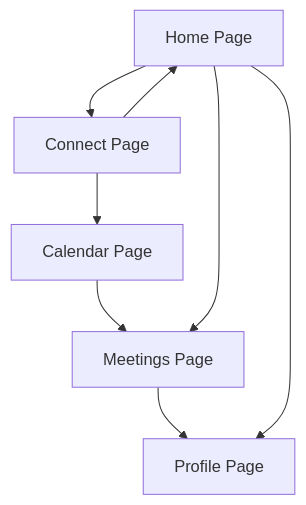
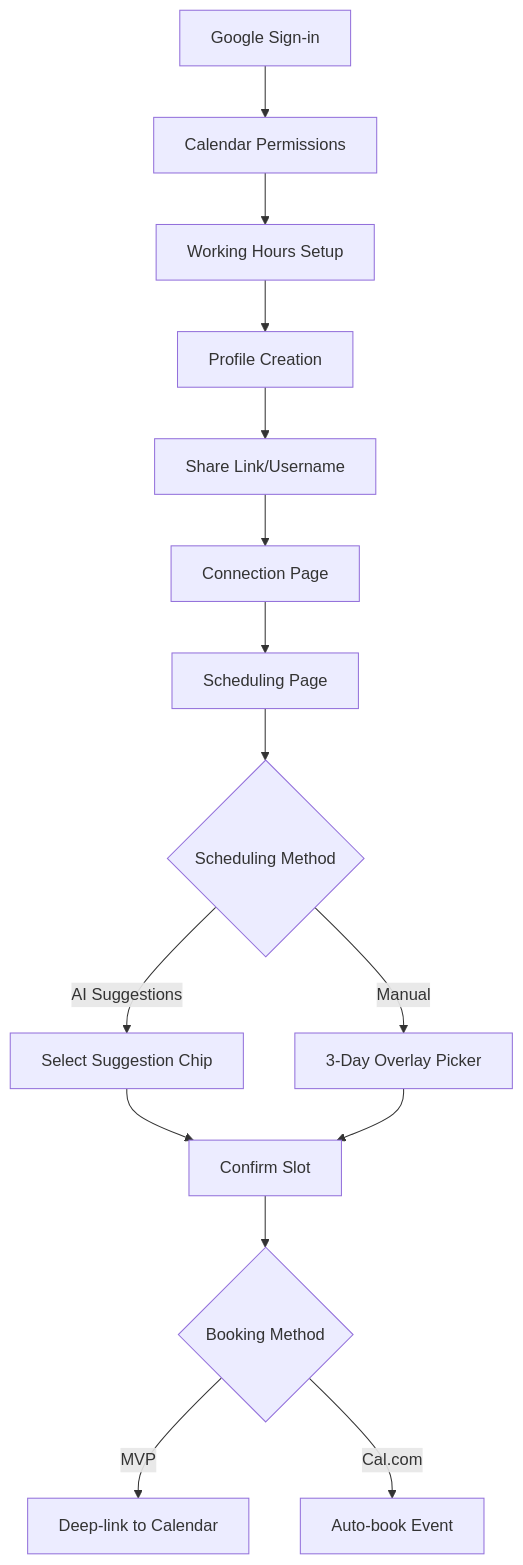
One commit to b0mung51/SF-AI-Vibe-Coding-Hackathon changed the diagram in .trae/documents/calendar_connection_app_prd.md. Above: the diagram before and after it, drawn with Mermaid. The commit also changed other lines of this file and 39 other files, not shown here.

Commit message:
SOLO-CalConnect

````diff
--- a/.trae/documents/calendar_connection_app_prd.md
+++ b/.trae/documents/calendar_connection_app_prd.md
@@ -48,10 +60,17 @@
 ```mermaid
 graph TD
-  A[Home Page] --> B[Connect Page]
-  B --> C[Calendar Page]
-  C --> D[Meetings Page]
-  D --> E[Profile Page]
-  A --> D
-  A --> E
-  B --> A
+    A[Google Sign-in] --> B[Calendar Permissions]
+    B --> C[Working Hours Setup]
+    C --> D[Profile Creation]
+    D --> E[Share Link/Username]
+    E --> F[Connection Page]
+    F --> G[Scheduling Page]
+    G --> H{Scheduling Method}
+    H -->|AI Suggestions| I[Select Suggestion Chip]
+    H -->|Manual| J[3-Day Overlay Picker]
+    I --> K[Confirm Slot]
+    J --> K
+    K --> L{Booking Method}
+    L -->|MVP| M[Deep-link to Calendar]
+    L -->|Cal.com| N[Auto-book Event]
 ```
````
